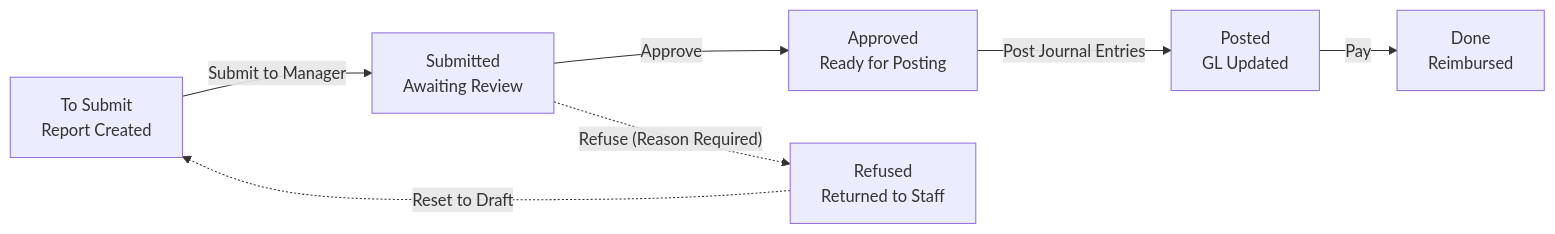
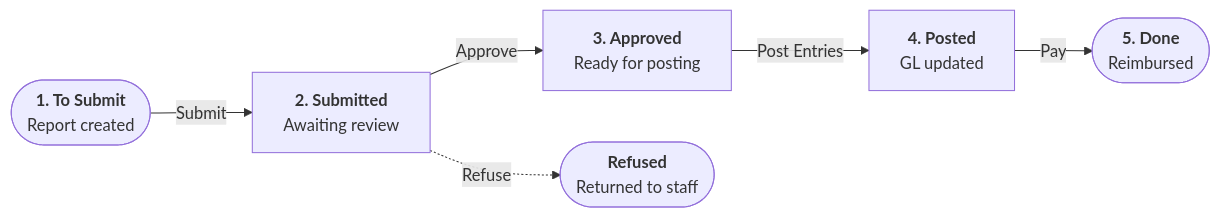
The second of 2 diagrams in docs/Expenses/core-concepts/01-understanding-the-expense-lifecycle-and-accounting-flow.md (ManfredNelvin-Dev/curq-documentation), drawn with Mermaid before and after one commit. The commit also changed other lines of this file and 284 other files, not shown here.

````diff
--- a/docs/Expenses/core-concepts/01-understanding-the-expense-lifecycle-and-accounting-flow.md
+++ b/docs/Expenses/core-concepts/01-understanding-the-expense-lifecycle-and-accounting-flow.md
@@ -52,10 +57,15 @@
 ```mermaid
 flowchart LR
-    ToSubmit["To Submit<br/>Report Created"] -->|"Submit to Manager"| Submitted["Submitted<br/>Awaiting Review"]
-    Submitted -->|"Approve"| Approved["Approved<br/>Ready for Posting"]
-    Approved -->|"Post Journal Entries"| Posted["Posted<br/>GL Updated"]
-    Posted -->|"Pay"| Done["Done<br/>Reimbursed"]
+    ToSubmit(["`**1. To Submit**
+    Report created`"]) -->|"Submit"| Submitted["`**2. Submitted**
+    Awaiting review`"]
+    Submitted -->|"Approve"| Approved["`**3. Approved**
+    Ready for posting`"]
+    Approved -->|"Post Entries"| Posted["`**4. Posted**
+    GL updated`"]
+    Posted -->|"Pay"| Done(["`**5. Done**
+    Reimbursed`"])
 
-    Submitted -.->|"Refuse (Reason Required)"| Refused["Refused<br/>Returned to Staff"]
-    Refused -.->|"Reset to Draft"| ToSubmit
+    Submitted -.->|"Refuse"| Refused(["`**Refused**
+    Returned to staff`"])
 ```
````
